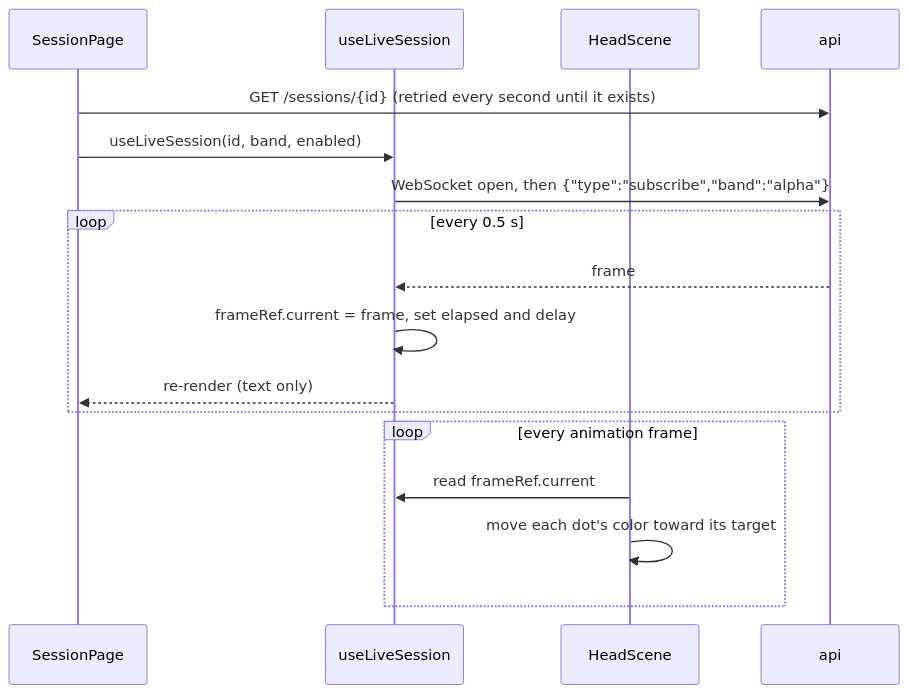
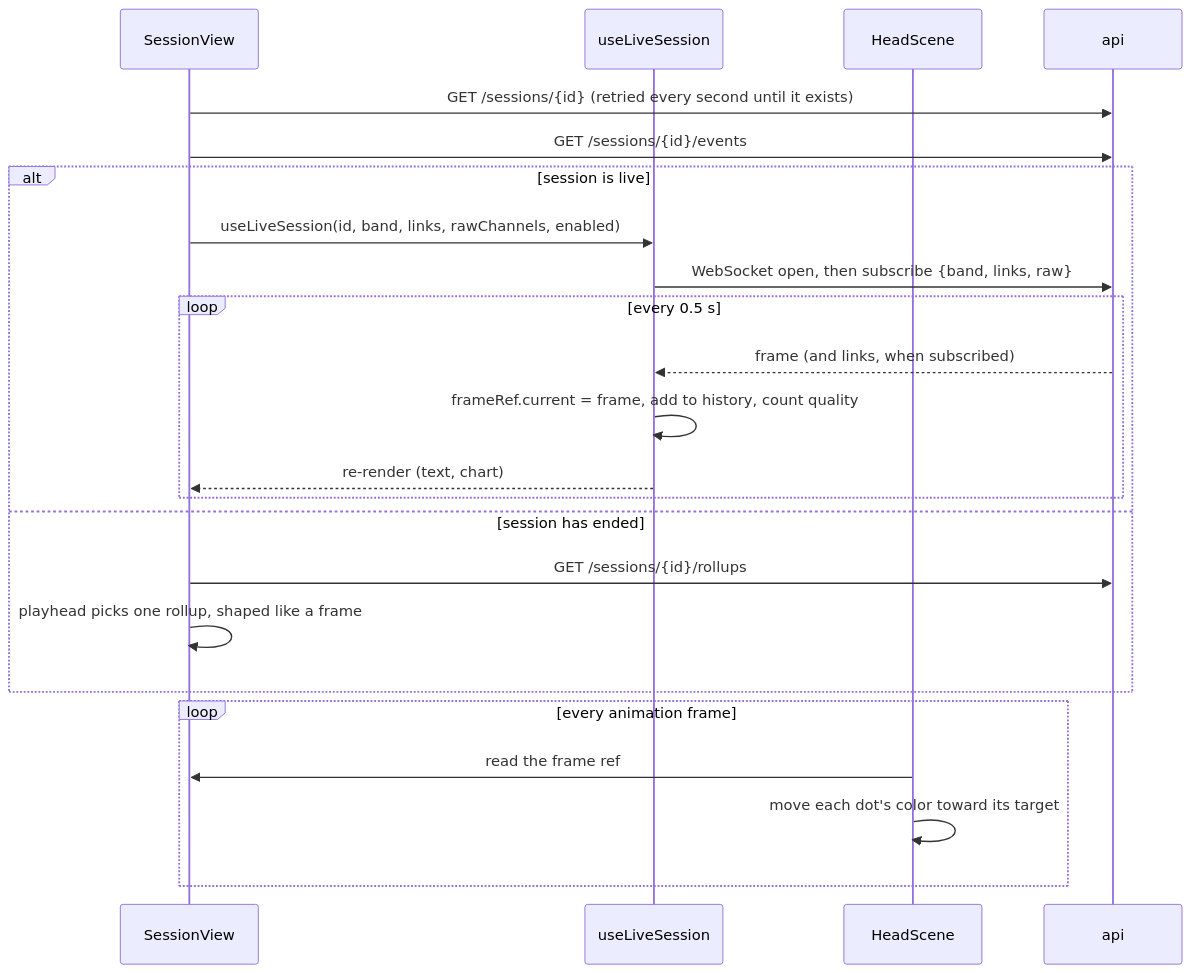
The seventh of 7 diagrams in docs/FLOW.md (KhoaNguyen706/NeuroHalo), drawn with Mermaid before and after one commit. The commit also changed other lines of this file and 3 other files, not shown here.

First line of the commit message:
Add README; bring FLOW.md's web and api sections up to date

````diff
--- a/docs/FLOW.md
+++ b/docs/FLOW.md
@@ -366,19 +389,25 @@
 ```mermaid
 sequenceDiagram
-    participant P as SessionPage
+    participant P as SessionView
     participant H as useLiveSession
     participant S as HeadScene
     participant A as api
     P->>A: GET /sessions/{id} (retried every second until it exists)
-    P->>H: useLiveSession(id, band, enabled)
-    H->>A: WebSocket open, then {"type":"subscribe","band":"alpha"}
-    loop every 0.5 s
-        A-->>H: frame
-        H->>H: frameRef.current = frame, set elapsed and delay
-        H-->>P: re-render (text only)
+    P->>A: GET /sessions/{id}/events
+    alt session is live
+        P->>H: useLiveSession(id, band, links, rawChannels, enabled)
+        H->>A: WebSocket open, then subscribe {band, links, raw}
+        loop every 0.5 s
+            A-->>H: frame (and links, when subscribed)
+            H->>H: frameRef.current = frame, add to history, count quality
+            H-->>P: re-render (text, chart)
+        end
+    else session has ended
+        P->>A: GET /sessions/{id}/rollups
+        P->>P: playhead picks one rollup, shaped like a frame
     end
     loop every animation frame
-        S->>H: read frameRef.current
+        S->>P: read the frame ref
         S->>S: move each dot's color toward its target
     end
 ```
````
